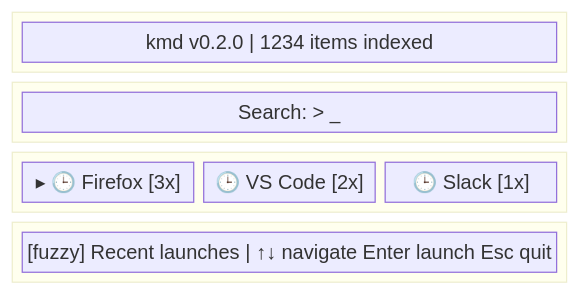
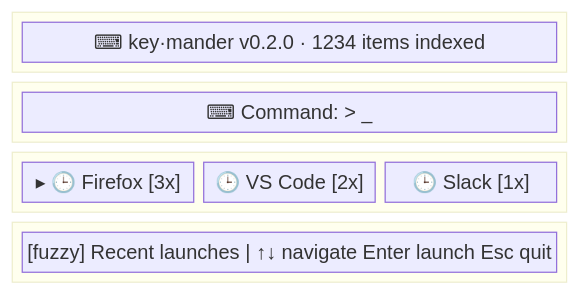
One commit to bullpae/keymander-cli changed the sixth of 8 diagrams in docs/01_prd.md. Above: the diagram before and after it, drawn with Mermaid. The commit also changed other lines of this file and 3 other files, not shown here.

````diff
--- a/docs/01_prd.md
+++ b/docs/01_prd.md
@@ -198,18 +204,18 @@
 ```mermaid
 block-beta
     columns 1
     block:header3:1
-        H3["kmd v0.2.0 | 1234 items indexed"]
+        H3["⌨ key·mander v0.2.0 · 1234 items indexed"]
     end
     block:inputBar3:1
-        IB3["Search: > _"]
+        IB3["⌨ Command: > _"]
     end
     block:content3:1
         R3a["▸ 🕒 Firefox           [3x]"]
         R3b["  🕒 VS Code           [2x]"]
         R3c["  🕒 Slack             [1x]"]
     end
     block:statusBar3:1
         SB3["[fuzzy] Recent launches | ↑↓ navigate  Enter launch  Esc quit"]
     end
 ```
````
